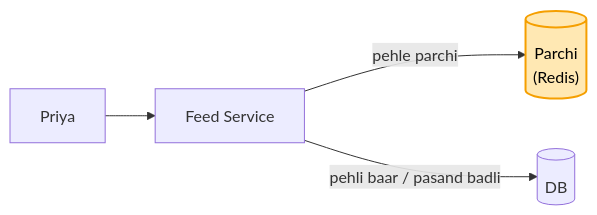
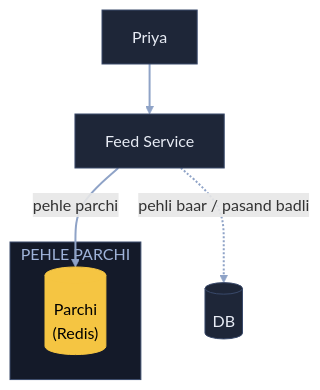
Before and after one commit to ArpanMaheshwari144/Prep: the sixth of 11 diagrams in 04_HLD/SYSTEM_DESIGNS/08_news_aggregator/08_news_aggregator.md, drawn with Mermaid. The commit also changed other lines of this file, not shown here.

Commit message:
News: 11 diagram YouTube (reel) wale card andaaz me

````diff
--- a/04_HLD/SYSTEM_DESIGNS/08_news_aggregator/08_news_aggregator.md
+++ b/04_HLD/SYSTEM_DESIGNS/08_news_aggregator/08_news_aggregator.md
@@ -129,7 +185,18 @@
 ```mermaid
-flowchart LR
-    P["Priya"] --> F["Feed Service"]
-    F -- "pehle parchi" --> R[("Parchi<br/>(Redis)")]
-    F -- "pehli baar / pasand badli" --> D[("DB")]
-    style R fill:#ffe8b3,stroke:#f59f00,stroke-width:2px,color:#000
+flowchart TB
+    P["Priya"]:::card
+    F["Feed Service"]:::card
+    subgraph PP["PEHLE PARCHI"]
+        R[("Parchi<br/>(Redis)")]:::pill
+    end
+    D[("DB")]:::card
+    P --> F
+    F -- "pehle parchi" --> R
+    F -. "pehli baar / pasand badli" .-> D
+    linkStyle default stroke:#8fa3c7,stroke-width:2px
+    classDef card fill:#1e2638,stroke:#3a4a6b,color:#e8ecf5
+    classDef pill fill:#f5c542,stroke:#f5c542,color:#000
+    classDef good fill:#2e7d4f,stroke:#3fbf6f,color:#fff
+    classDef bad fill:#5c1f24,stroke:#e05561,color:#fff
+    style PP fill:#141a29,stroke:#3a4a6b,color:#9fb3d9
 ```
````
